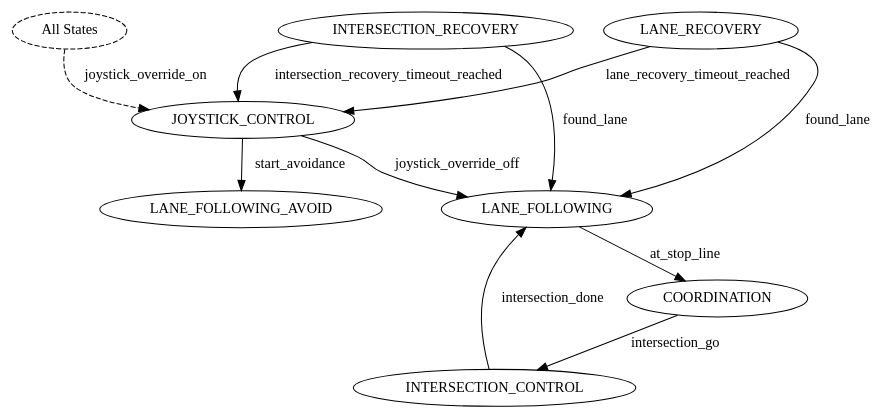
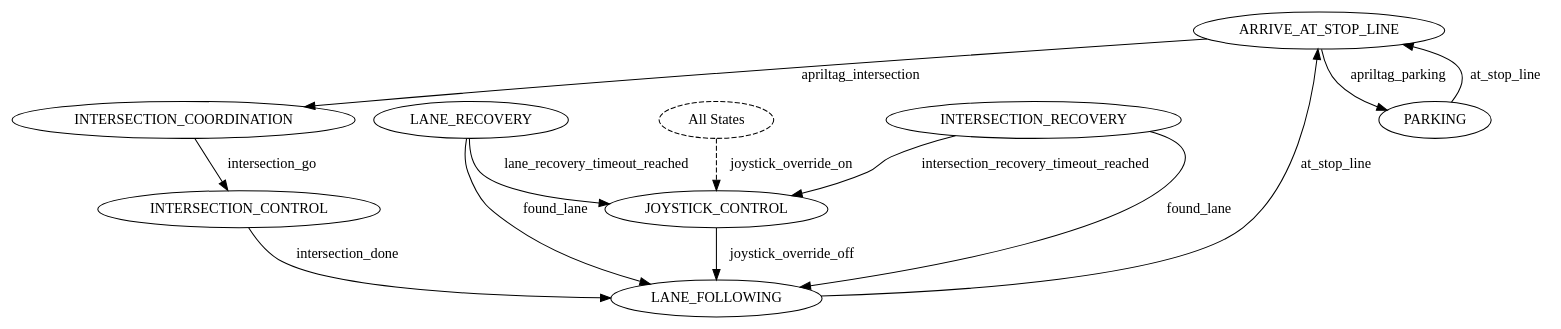
Before and after one commit to spadma3/duck: the diagram in catkin_ws/src/00-infrastructure/ros_diagram/fsm_default.dot, drawn with Graphviz. The commit also changed 4 other files, not shown here.

```diff
--- a/catkin_ws/src/00-infrastructure/ros_diagram/fsm_default.dot
+++ b/catkin_ws/src/00-infrastructure/ros_diagram/fsm_default.dot
@@ -1,20 +1,24 @@
 // default.yaml
 digraph {
+	ARRIVE_AT_STOP_LINE [label=ARRIVE_AT_STOP_LINE]
+	INTERSECTION_CONTROL [label=INTERSECTION_CONTROL]
+	INTERSECTION_COORDINATION [label=INTERSECTION_COORDINATION]
+	LANE_RECOVERY [label=LANE_RECOVERY]
 	JOYSTICK_CONTROL [label=JOYSTICK_CONTROL]
-	INTERSECTION_CONTROL [label=INTERSECTION_CONTROL]
 	INTERSECTION_RECOVERY [label=INTERSECTION_RECOVERY]
-	LANE_RECOVERY [label=LANE_RECOVERY]
+	PARKING [label=PARKING]
 	LANE_FOLLOWING [label=LANE_FOLLOWING]
-	COORDINATION [label=COORDINATION]
-	JOYSTICK_CONTROL -> LANE_FOLLOWING_AVOID [label=start_avoidance]
+	ARRIVE_AT_STOP_LINE -> INTERSECTION_COORDINATION [label=apriltag_intersection]
+	ARRIVE_AT_STOP_LINE -> PARKING [label=apriltag_parking]
+	INTERSECTION_CONTROL -> LANE_FOLLOWING [label=intersection_done]
+	INTERSECTION_COORDINATION -> INTERSECTION_CONTROL [label=intersection_go]
+	LANE_RECOVERY -> JOYSTICK_CONTROL [label=lane_recovery_timeout_reached]
+	LANE_RECOVERY -> LANE_FOLLOWING [label=found_lane]
 	JOYSTICK_CONTROL -> LANE_FOLLOWING [label=joystick_override_off]
-	INTERSECTION_CONTROL -> LANE_FOLLOWING [label=intersection_done]
 	INTERSECTION_RECOVERY -> JOYSTICK_CONTROL [label=intersection_recovery_timeout_reached]
 	INTERSECTION_RECOVERY -> LANE_FOLLOWING [label=found_lane]
-	LANE_RECOVERY -> JOYSTICK_CONTROL [label=lane_recovery_timeout_reached]
-	LANE_RECOVERY -> LANE_FOLLOWING [label=found_lane]
-	LANE_FOLLOWING -> COORDINATION [label=at_stop_line]
-	COORDINATION -> INTERSECTION_CONTROL [label=intersection_go]
+	PARKING -> ARRIVE_AT_STOP_LINE [label=at_stop_line]
+	LANE_FOLLOWING -> ARRIVE_AT_STOP_LINE [label=at_stop_line]
 	ALL_STATES [label="All States" style=dashed]
 	ALL_STATES -> JOYSTICK_CONTROL [label=joystick_override_on concentrate=false style=dashed]
 }
```
